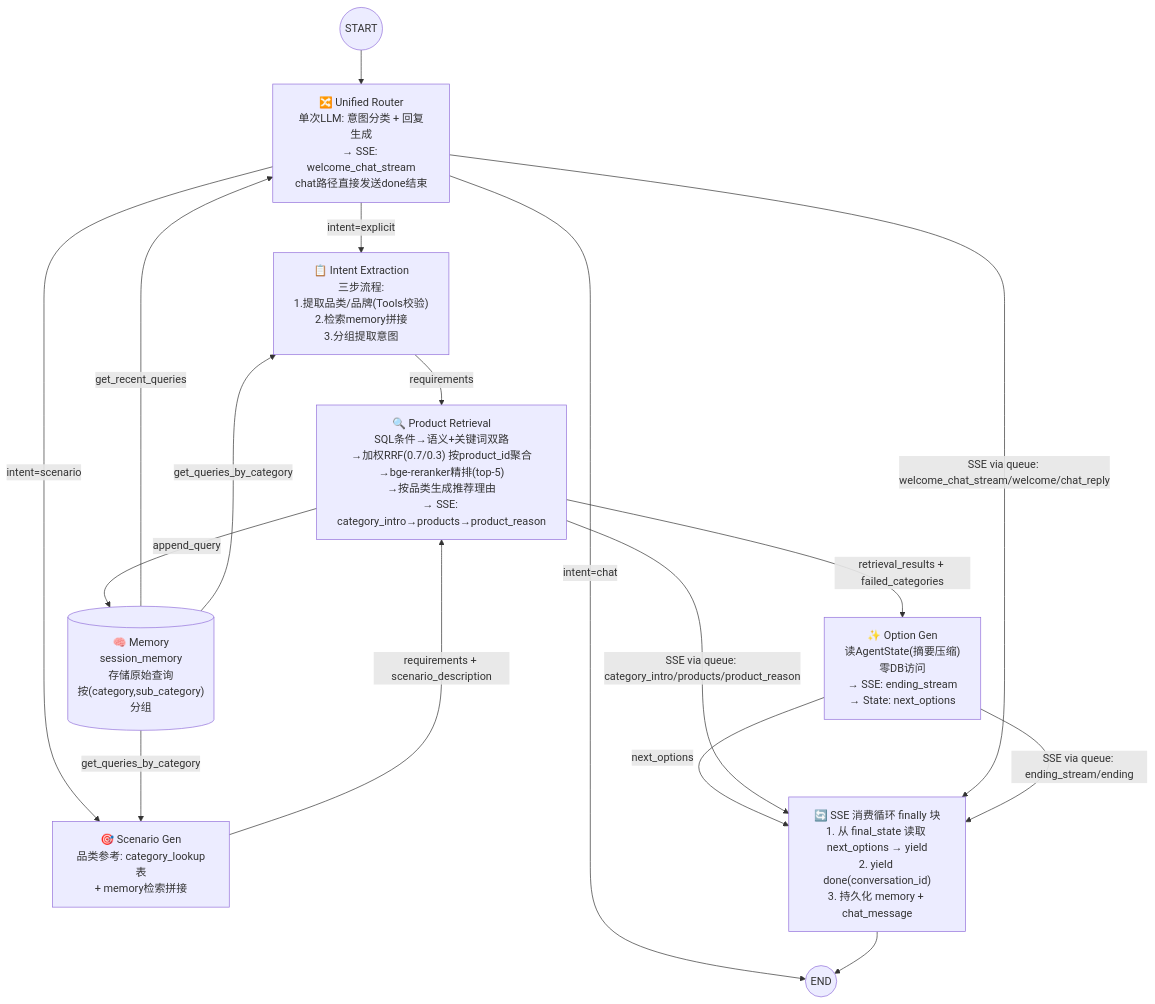
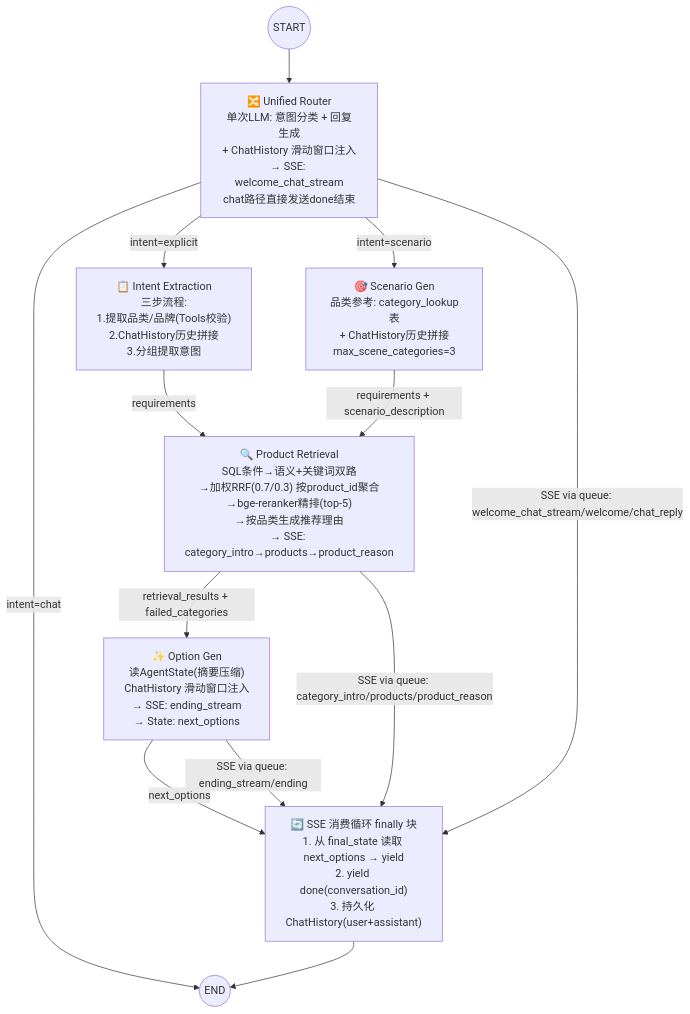
One commit to Crystalzhouby/AuraCart changed the first of 2 diagrams in docs/backend/SPEC.md. Above: the diagram before and after it, drawn with Mermaid. The commit also changed other lines of this file and 31 other files, not shown here.

````diff
--- a/docs/backend/SPEC.md
+++ b/docs/backend/SPEC.md
@@ -426,24 +467,19 @@
 ```mermaid
 graph TD
-    START((START)) --> router["🔀 Unified Router<br/>单次LLM: 意图分类 + 回复生成<br/>→ SSE: welcome_chat_stream<br/>chat路径直接发送done结束"]
+    START((START)) --> router["🔀 Unified Router<br/>单次LLM: 意图分类 + 回复生成<br/>+ ChatHistory 滑动窗口注入<br/>→ SSE: welcome_chat_stream<br/>chat路径直接发送done结束"]
 
     router -->|"intent=chat"| END_((END))
-    router -->|"intent=explicit"| extract["📋 Intent Extraction<br/>三步流程:<br/>1.提取品类/品牌(Tools校验)<br/>2.检索memory拼接<br/>3.分组提取意图"]
-    router -->|"intent=scenario"| scenario["🎯 Scenario Gen<br/>品类参考: category_lookup表<br/>+ memory检索拼接"]
-
-    memory_r[("🧠 Memory<br/>session_memory<br/>存储原始查询<br/>按(category,sub_category)分组")] -->|"get_recent_queries"| router
-    memory_r -->|"get_queries_by_category"| extract
-    memory_r -->|"get_queries_by_category"| scenario
+    router -->|"intent=explicit"| extract["📋 Intent Extraction<br/>三步流程:<br/>1.提取品类/品牌(Tools校验)<br/>2.ChatHistory历史拼接<br/>3.分组提取意图"]
+    router -->|"intent=scenario"| scenario["🎯 Scenario Gen<br/>品类参考: category_lookup表<br/>+ ChatHistory历史拼接<br/>max_scene_categories=3"]
 
     extract -->|"requirements"| retrieve["🔍 Product Retrieval<br/>SQL条件→语义+关键词双路<br/>→加权RRF(0.7/0.3) 按product_id聚合<br/>→bge-reranker精排(top-5)<br/>→按品类生成推荐理由<br/>→ SSE: category_intro→products→product_reason"]
     scenario -->|"requirements + scenario_description"| retrieve
 
-    retrieve -->|"append_query"| memory_r
-    retrieve -->|"retrieval_results + failed_categories"| options["✨ Option Gen<br/>读AgentState(摘要压缩)<br/>零DB访问<br/>→ SSE: ending_stream<br/>→ State: next_options"]
+    retrieve -->|"retrieval_results + failed_categories"| options["✨ Option Gen<br/>读AgentState(摘要压缩)<br/>ChatHistory 滑动窗口注入<br/>→ SSE: ending_stream<br/>→ State: next_options"]
 
-    options -->|"next_options"| consumer["🔄 SSE 消费循环 finally 块<br/>1. 从 final_state 读取 next_options → yield<br/>2. yield done(conversation_id)<br/>3. 持久化 memory + chat_message"]
+    options -->|"next_options"| consumer["🔄 SSE 消费循环 finally 块<br/>1. 从 final_state 读取 next_options → yield<br/>2. yield done(conversation_id)<br/>3. 持久化 ChatHistory(user+assistant)"]
     retrieve -->|"SSE via queue: category_intro/products/product_reason"| consumer
     router -->|"SSE via queue: welcome_chat_stream/welcome/chat_reply"| consumer
     options -->|"SSE via queue: ending_stream/ending"| consumer
     consumer --> END_
 ```
````
